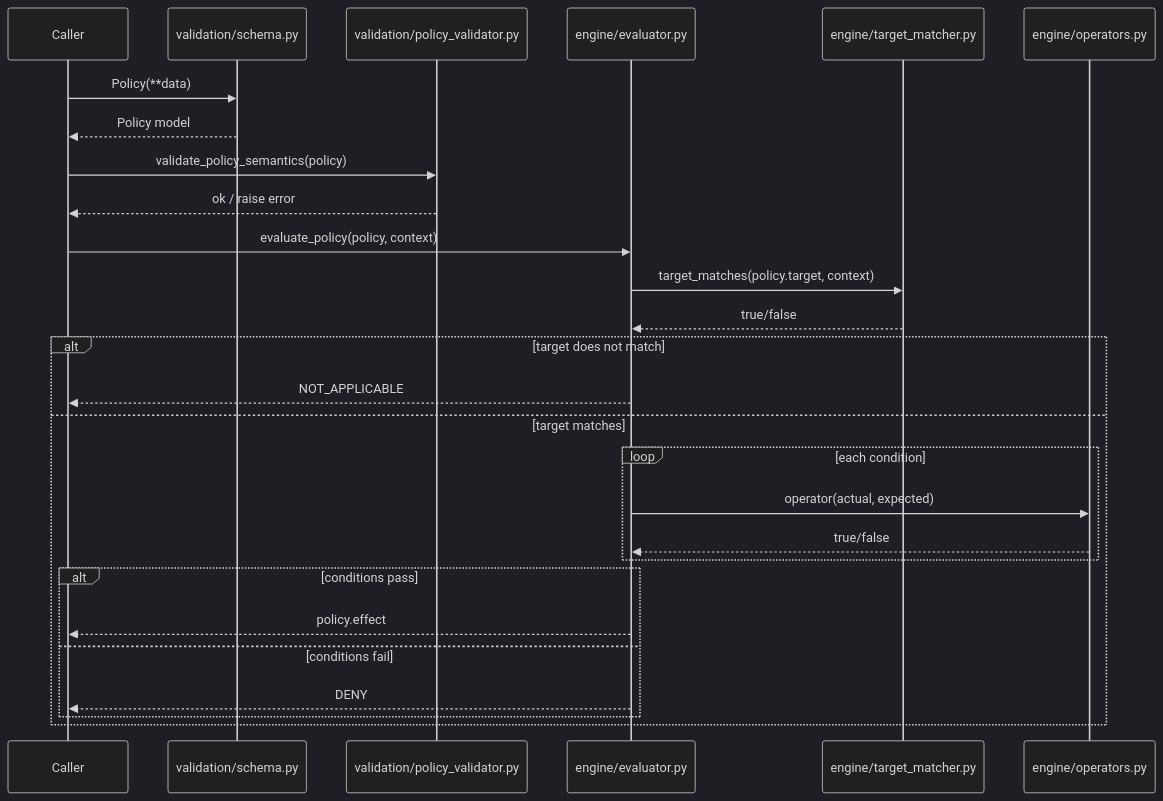
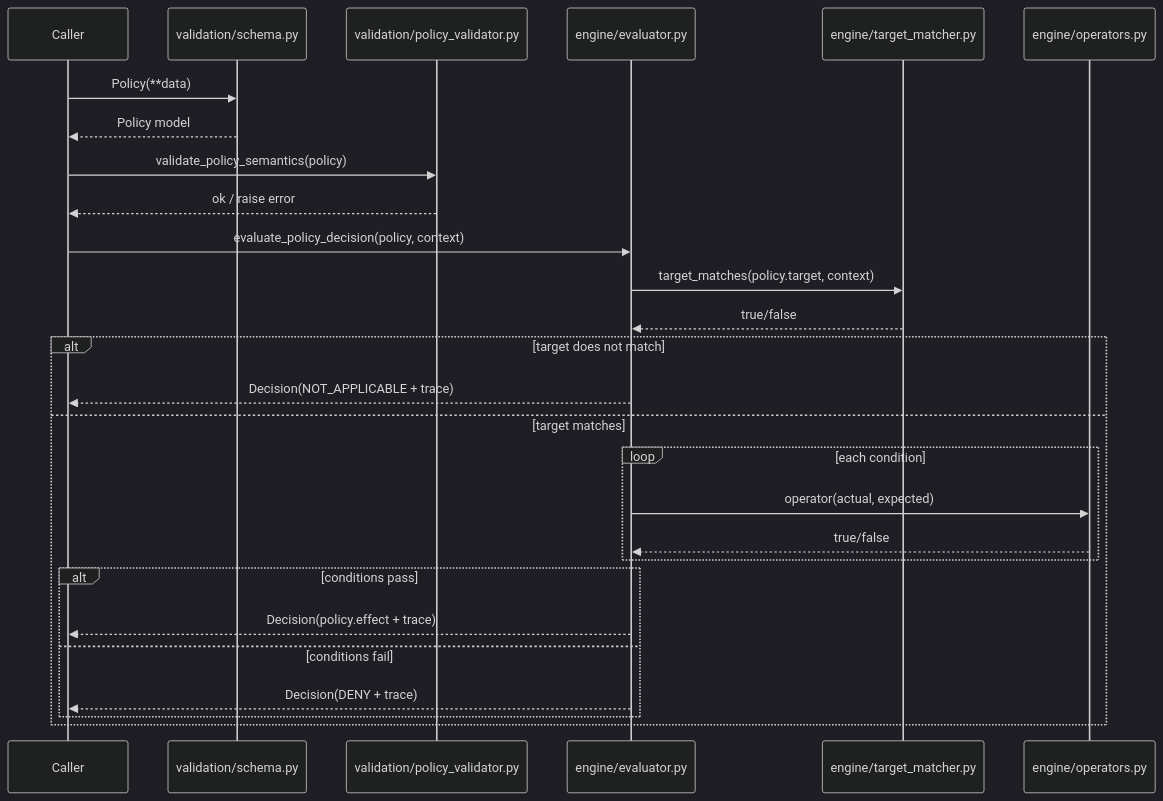
Before and after one commit to noahmlee/Internal-Access-Control-Policy-Engine: the second of 2 diagrams in docs/decision_flow.md, drawn with Mermaid (dark theme). The commit also changed other lines of this file and 6 other files, not shown here.

````diff
--- a/docs/decision_flow.md
+++ b/docs/decision_flow.md
@@ -82,30 +82,30 @@
 ```mermaid
 sequenceDiagram
   participant Caller as Caller
   participant Schema as validation/schema.py
   participant Sem as validation/policy_validator.py
   participant Eval as engine/evaluator.py
   participant Target as engine/target_matcher.py
   participant Ops as engine/operators.py
 
   Caller->>Schema: Policy(**data)
   Schema-->>Caller: Policy model
   Caller->>Sem: validate_policy_semantics(policy)
   Sem-->>Caller: ok / raise error
-  Caller->>Eval: evaluate_policy(policy, context)
+  Caller->>Eval: evaluate_policy_decision(policy, context)
   Eval->>Target: target_matches(policy.target, context)
   Target-->>Eval: true/false
   alt target does not match
-    Eval-->>Caller: NOT_APPLICABLE
+    Eval-->>Caller: Decision(NOT_APPLICABLE + trace)
   else target matches
     loop each condition
       Eval->>Ops: operator(actual, expected)
       Ops-->>Eval: true/false
     end
     alt conditions pass
-      Eval-->>Caller: policy.effect
+      Eval-->>Caller: Decision(policy.effect + trace)
     else conditions fail
-      Eval-->>Caller: DENY
+      Eval-->>Caller: Decision(DENY + trace)
     end
   end
 ```
````
